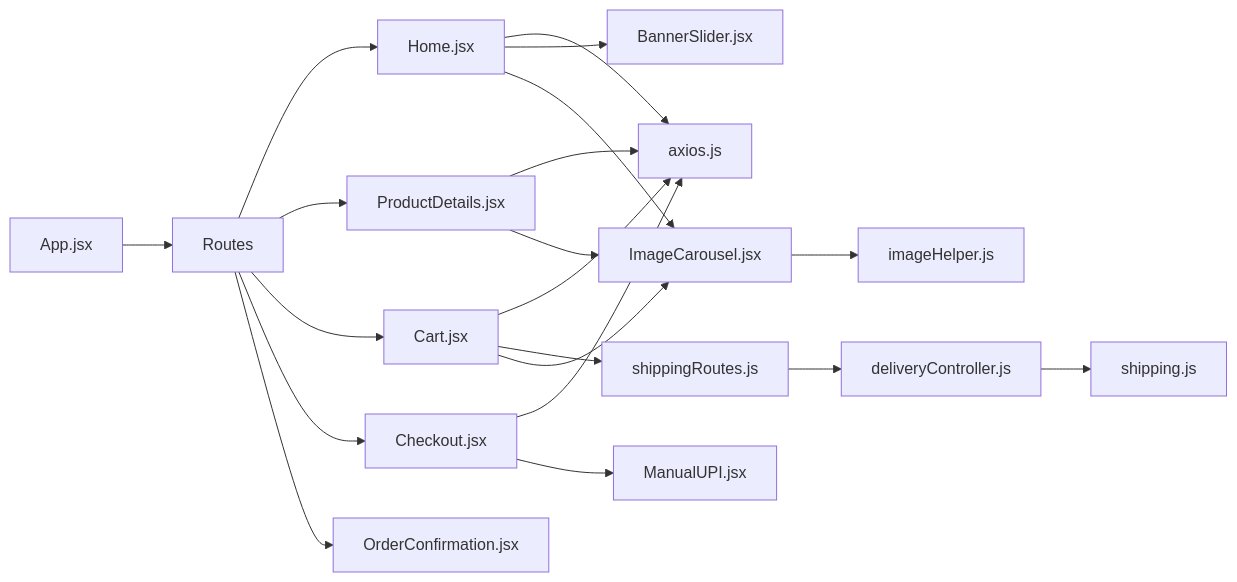
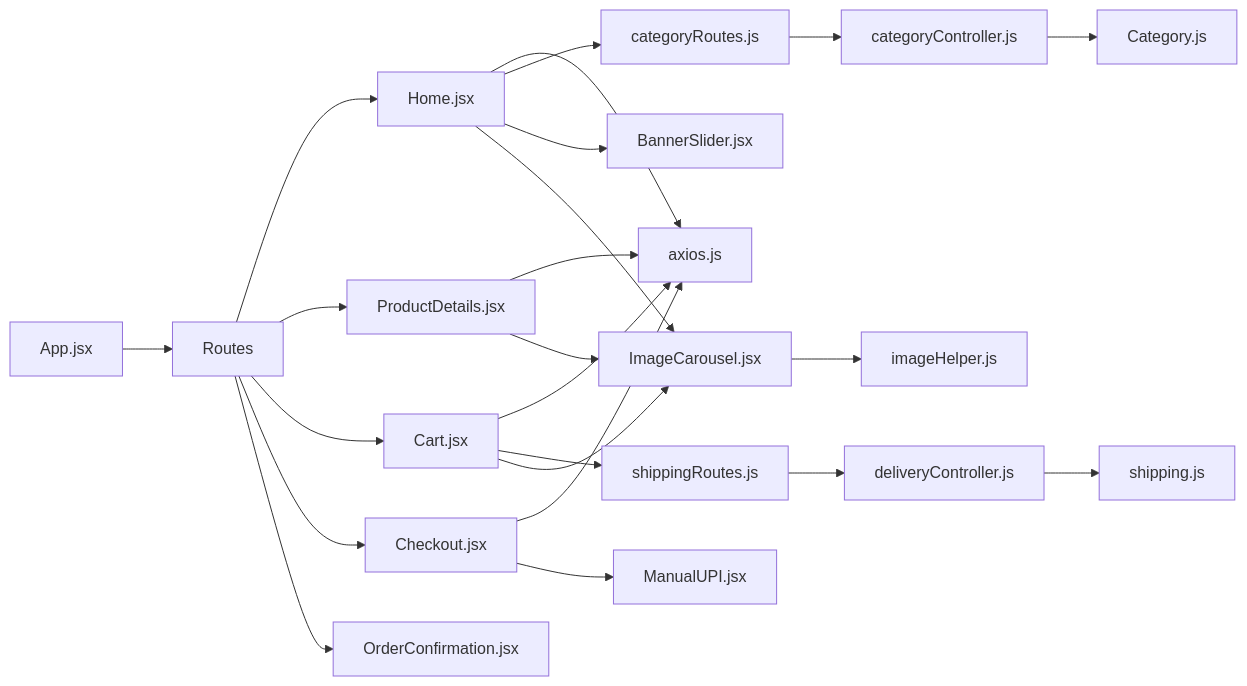
One commit to Pavan-PSPK9032/TrendsandToss changed the ninth of 9 diagrams in .qoder/repowiki/en/content/Shopping Experience/Shopping Experience.md. Above: the diagram before and after it, drawn with Mermaid. The commit also changed other lines of this file and 9 other files, not shown here.

````diff
--- a/.qoder/repowiki/en/content/Shopping Experience/Shopping Experience.md
+++ b/.qoder/repowiki/en/content/Shopping Experience/Shopping Experience.md
@@ -507,22 +576,25 @@
 ```mermaid
 graph LR
 APP["App.jsx"] --> ROUTES["Routes"]
 ROUTES --> HOME["Home.jsx"]
 ROUTES --> PDP["ProductDetails.jsx"]
 ROUTES --> CART["Cart.jsx"]
 ROUTES --> CHECKOUT["Checkout.jsx"]
 ROUTES --> CONF["OrderConfirmation.jsx"]
 HOME --> AXIOS["axios.js"]
 PDP --> AXIOS
 CART --> AXIOS
 CHECKOUT --> AXIOS
+HOME --> CATROUTES["categoryRoutes.js"]
+CATROUTES --> CATCTRL["categoryController.js"]
+CATCTRL --> CATMODEL["Category.js"]
 CART --> SHIPROUTES["shippingRoutes.js"]
 SHIPROUTES --> DELIVERYCTRL["deliveryController.js"]
 DELIVERYCTRL --> SHIPCONFIG["shipping.js"]
 HOME --> BANNER["BannerSlider.jsx"]
 HOME --> CAROUSEL["ImageCarousel.jsx"]
 PDP --> CAROUSEL
 CART --> CAROUSEL
 CHECKOUT --> UPI["ManualUPI.jsx"]
 CAROUSEL --> IMGHELP["imageHelper.js"]
 ```
````
